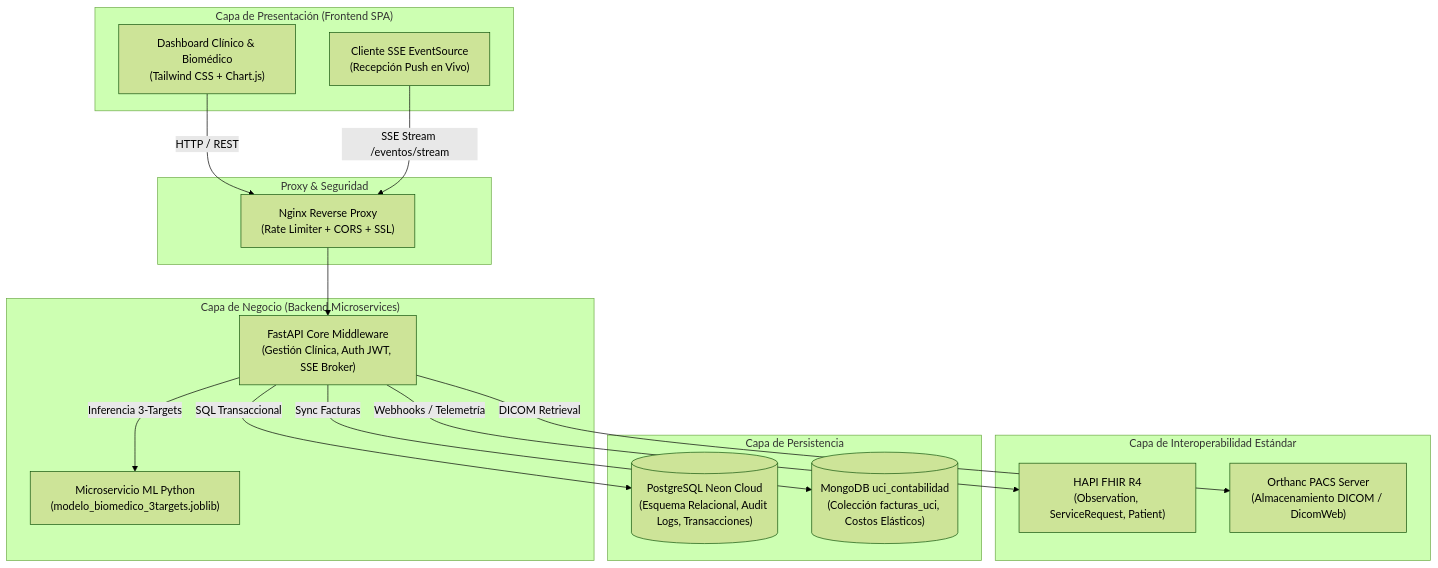
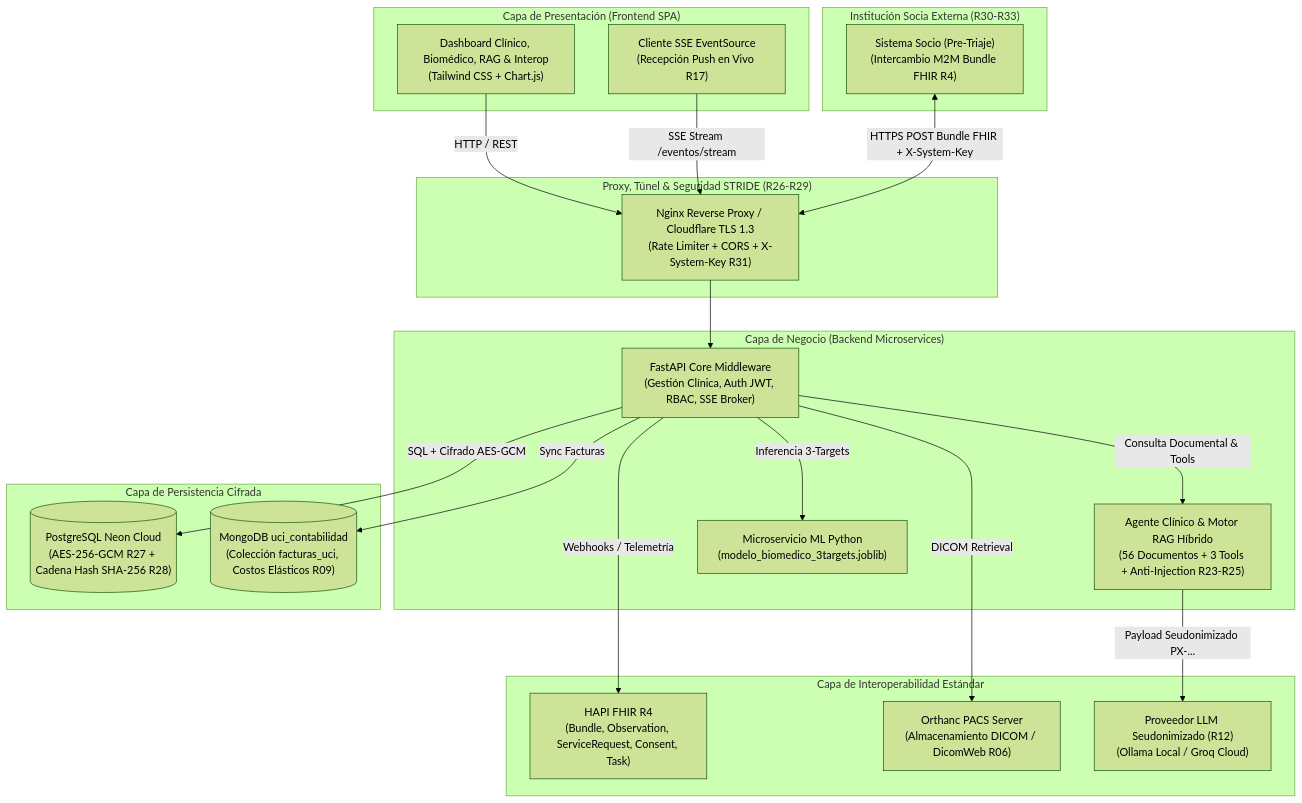
Before and after one commit to nicolevrv/salud-digital-proyecto: the first of 4 diagrams in README.md, drawn with Mermaid (forest theme). The commit also changed other lines of this file and 2 other files, not shown here.

Commit message:
docs(R34): actualizar README con diagrama de intercambio FHIR con socio y mapa legal R23-R33, EVENTOS.md con eventos externos y tester.yaml

````diff
--- a/README.md
+++ b/README.md
@@ -34,35 +35,44 @@
 ```mermaid
 flowchart TD
     subgraph Frontend["Capa de Presentación (Frontend SPA)"]
-        UI["Dashboard Clínico & Biomédico\n(Tailwind CSS + Chart.js)"]
-        SSE_Client["Cliente SSE EventSource\n(Recepción Push en Vivo)"]
+        UI["Dashboard Clínico, Biomédico, RAG & Interop\n(Tailwind CSS + Chart.js)"]
+        SSE_Client["Cliente SSE EventSource\n(Recepción Push en Vivo R17)"]
     end
 
-    subgraph Gateway["Proxy & Seguridad"]
-        Nginx["Nginx Reverse Proxy\n(Rate Limiter + CORS + SSL)"]
+    subgraph Partner["Institución Socia Externa (R30-R33)"]
+        SocioAPI["Sistema Socio (Pre-Triaje)\n(Intercambio M2M Bundle FHIR R4)"]
+    end
+
+    subgraph Gateway["Proxy, Túnel & Seguridad STRIDE (R26-R29)"]
+        Nginx["Nginx Reverse Proxy / Cloudflare TLS 1.3\n(Rate Limiter + CORS + X-System-Key R31)"]
     end
 
     subgraph Core["Capa de Negocio (Backend Microservices)"]
-        API["FastAPI Core Middleware\n(Gestión Clínica, Auth JWT, SSE Broker)"]
+        API["FastAPI Core Middleware\n(Gestión Clínica, Auth JWT, RBAC, SSE Broker)"]
+        AgentRAG["Agente Clínico & Motor RAG Híbrido\n(56 Documentos + 3 Tools + Anti-Injection R23-R25)"]
         ML_Service["Microservicio ML Python\n(modelo_biomedico_3targets.joblib)"]
     end
 
     subgraph Interop["Capa de Interoperabilidad Estándar"]
-        FHIR_Server["HAPI FHIR R4\n(Observation, ServiceRequest, Patient)"]
-        PACS_Server["Orthanc PACS Server\n(Almacenamiento DICOM / DicomWeb)"]
+        FHIR_Server["HAPI FHIR R4\n(Bundle, Observation, ServiceRequest, Consent, Task)"]
+        PACS_Server["Orthanc PACS Server\n(Almacenamiento DICOM / DicomWeb R06)"]
+        LLM_Provider["Proveedor LLM Seudonimizado (R12)\n(Ollama Local / Groq Cloud)"]
     end
 
-    subgraph Data["Capa de Persistencia"]
-        NeonDB[("PostgreSQL Neon Cloud\n(Esquema Relacional, Audit Logs, Transacciones)")]
-        MongoDB[("MongoDB uci_contabilidad\n(Colección facturas_uci, Costos Elásticos)")]
+    subgraph Data["Capa de Persistencia Cifrada"]
+        NeonDB[("PostgreSQL Neon Cloud\n(AES-256-GCM R27 + Cadena Hash SHA-256 R28)")]
+        MongoDB[("MongoDB uci_contabilidad\n(Colección facturas_uci, Costos Elásticos R09)")]
     end
 
     UI -->|HTTP / REST| Nginx
     SSE_Client -->|SSE Stream /eventos/stream| Nginx
+    SocioAPI <-->|HTTPS POST Bundle FHIR + X-System-Key| Nginx
     Nginx --> API
+    API -->|Consulta Documental & Tools| AgentRAG
+    AgentRAG -->|Payload Seudonimizado PX-...| LLM_Provider
     API -->|Inferencia 3-Targets| ML_Service
-    API -->|SQL Transaccional| NeonDB
+    API -->|SQL + Cifrado AES-GCM| NeonDB
     API -->|Sync Facturas| MongoDB
     API -->|Webhooks / Telemetría| FHIR_Server
     API -->|DICOM Retrieval| PACS_Server
 ```
````
